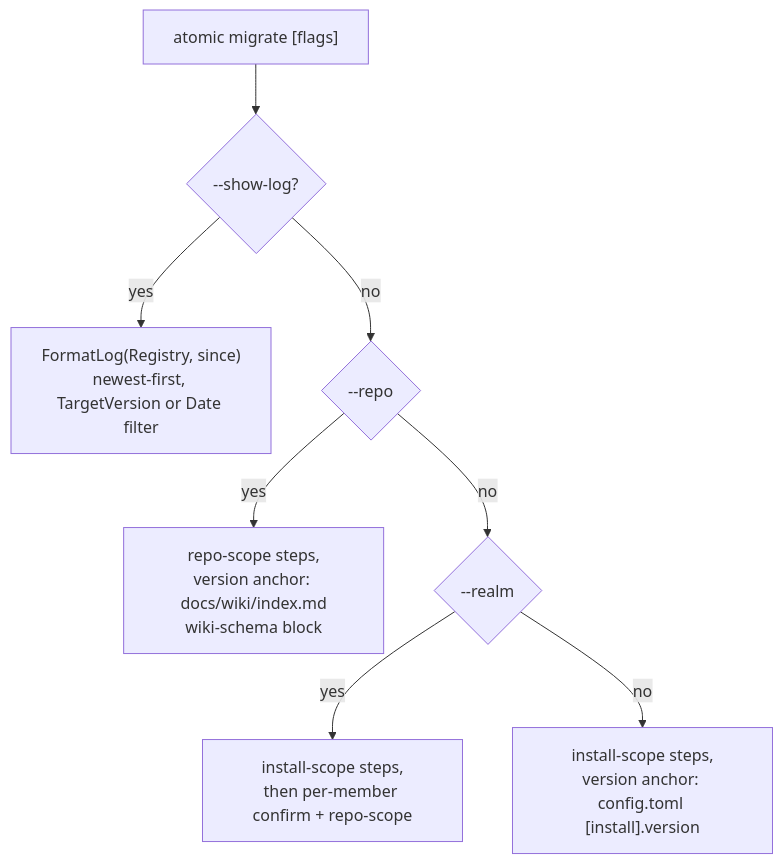
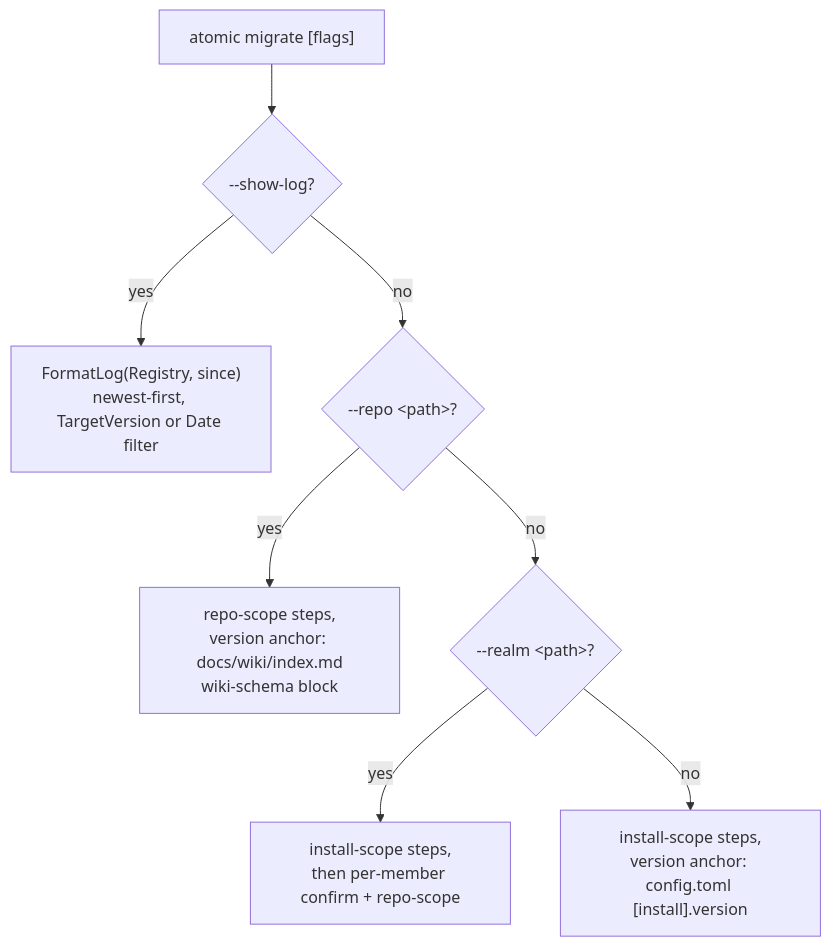
One commit to damusix/atomic-claude changed the fifth of 14 diagrams in docs/wiki/config.md. Above: the diagram before and after it, drawn with Mermaid. The commit also changed other lines of this file and 19 other files, not shown here.

````diff
--- a/docs/wiki/config.md
+++ b/docs/wiki/config.md
@@ -148,10 +168,10 @@
 ```mermaid
 flowchart TD
     M["atomic migrate [flags]"] --> Q{"--show-log?"}
     Q -->|yes| SL["FormatLog(Registry, since)<br/>newest-first, TargetVersion or Date filter"]
-    Q -->|no| R{"--repo <path>?"}
+    Q -->|no| R{"--repo &lt;path&gt;?"}
     R -->|yes| RM["repo-scope steps,<br/>version anchor: docs/wiki/index.md<br/>wiki-schema block"]
-    R -->|no| RE{"--realm <path>?"}
+    R -->|no| RE{"--realm &lt;path&gt;?"}
     RE -->|yes| REA["install-scope steps,<br/>then per-member confirm + repo-scope"]
     RE -->|no| IN["install-scope steps,<br/>version anchor: config.toml [install].version"]
 ```
````
